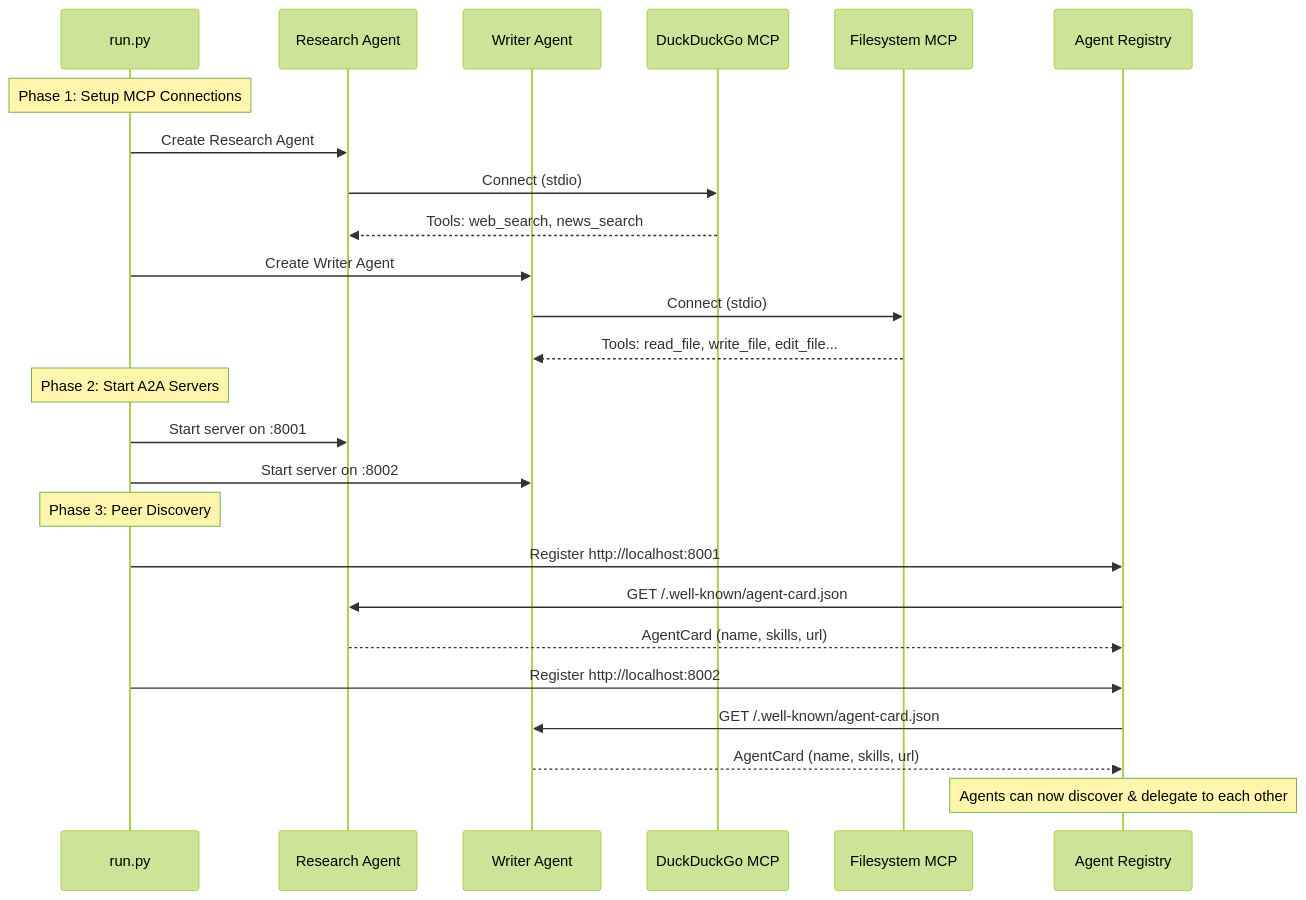
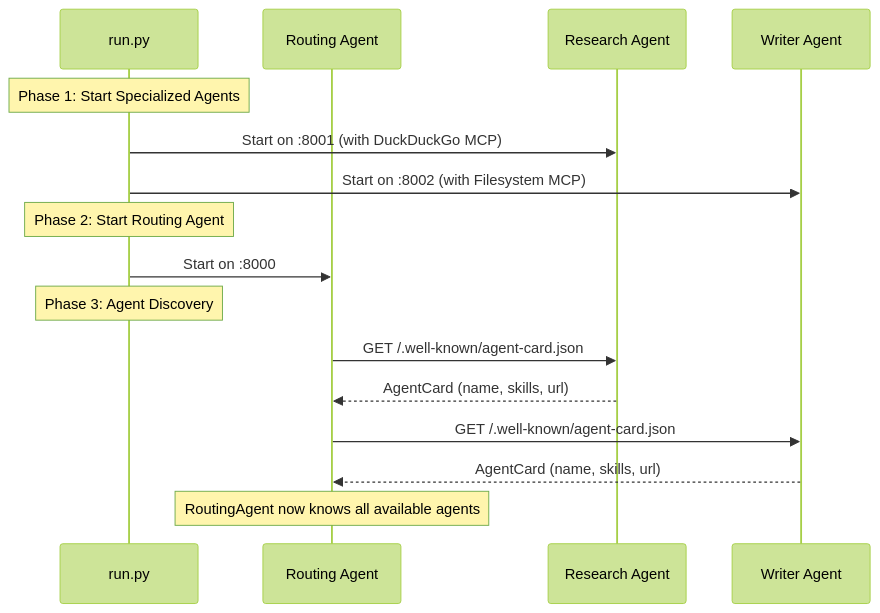
One commit to vidya-hub/a2a-orchestrator changed the first of 2 diagrams in README.md. Above: the diagram before and after it, drawn with Mermaid (forest theme). The commit also changed other lines of this file and 8 other files, not shown here.

First line of the commit message:
feat: Introduce RoutingAgent for task orchestration among specialized agents

````diff
--- a/README.md
+++ b/README.md
@@ -231,31 +327,22 @@
 ```mermaid
 sequenceDiagram
     participant Main as run.py
-    participant RA as Research Agent
+    participant RA as Routing Agent
+    participant ResA as Research Agent
     participant WA as Writer Agent
-    participant DDG as DuckDuckGo MCP
-    participant FS as Filesystem MCP
-    participant Reg as Agent Registry
 
-    Note over Main: Phase 1: Setup MCP Connections
-    Main->>RA: Create Research Agent
-    RA->>DDG: Connect (stdio)
-    DDG-->>RA: Tools: web_search, news_search
-    Main->>WA: Create Writer Agent
-    WA->>FS: Connect (stdio)
-    FS-->>WA: Tools: read_file, write_file, edit_file...
+    Note over Main: Phase 1: Start Specialized Agents
+    Main->>ResA: Start on :8001 (with DuckDuckGo MCP)
+    Main->>WA: Start on :8002 (with Filesystem MCP)
 
-    Note over Main: Phase 2: Start A2A Servers
-    Main->>RA: Start server on :8001
-    Main->>WA: Start server on :8002
+    Note over Main: Phase 2: Start Routing Agent
+    Main->>RA: Start on :8000
 
-    Note over Main: Phase 3: Peer Discovery
-    Main->>Reg: Register http://localhost:8001
-    Reg->>RA: GET /.well-known/agent-card.json
-    RA-->>Reg: AgentCard (name, skills, url)
-    Main->>Reg: Register http://localhost:8002
-    Reg->>WA: GET /.well-known/agent-card.json
-    WA-->>Reg: AgentCard (name, skills, url)
+    Note over Main: Phase 3: Agent Discovery
+    RA->>ResA: GET /.well-known/agent-card.json
+    ResA-->>RA: AgentCard (name, skills, url)
+    RA->>WA: GET /.well-known/agent-card.json
+    WA-->>RA: AgentCard (name, skills, url)
 
-    Note over Reg: Agents can now discover & delegate to each other
+    Note over RA: RoutingAgent now knows all available agents
 ```
````
